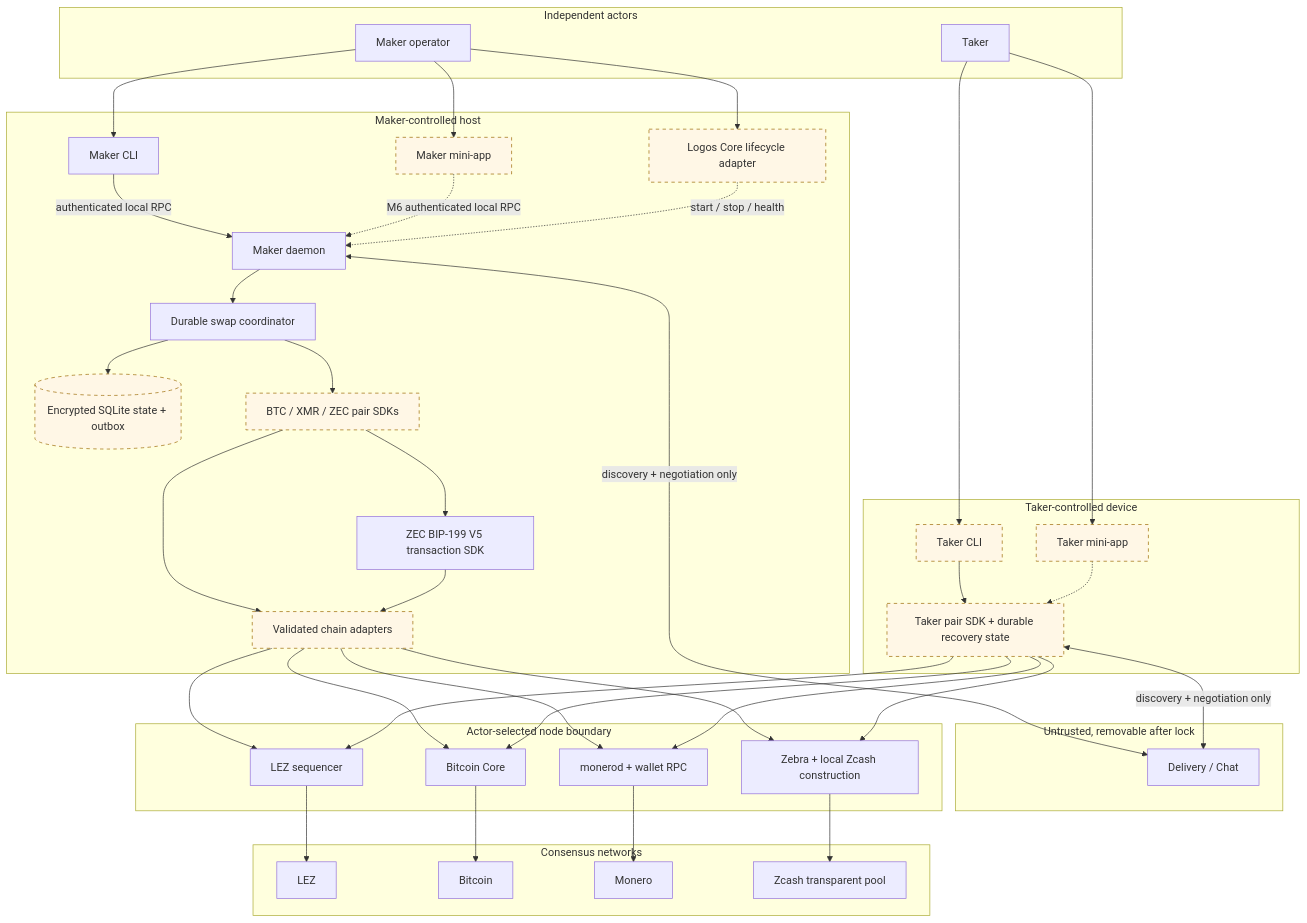
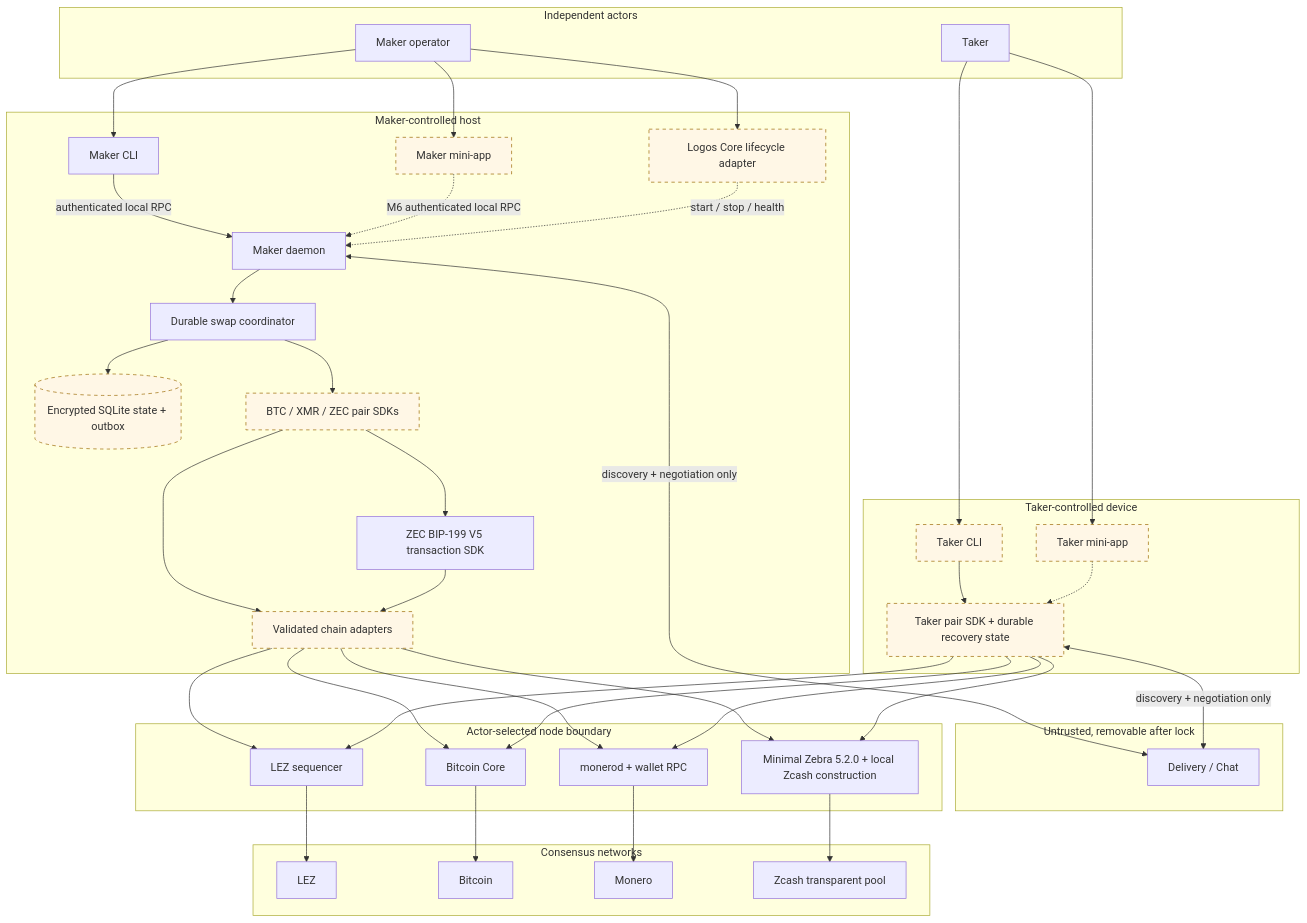
One commit to gateway-fm/lez-atomic-swaps changed the first of 4 diagrams in docs/architecture/system-architecture.md. Above: the diagram before and after it, drawn with Mermaid. The commit also changed other lines of this file and 25 other files, not shown here.

````diff
--- a/docs/architecture/system-architecture.md
+++ b/docs/architecture/system-architecture.md
@@ -14,79 +14,79 @@
 ```mermaid
 flowchart TB
     subgraph People["Independent actors"]
         MO["Maker operator"]
         T["Taker"]
     end
 
     subgraph MakerHost["Maker-controlled host"]
         MC["Maker CLI"]
         MM["Maker mini-app"]
         LC["Logos Core lifecycle adapter"]
         MD["Maker daemon"]
         CO["Durable swap coordinator"]
         DB[("Encrypted SQLite state + outbox")]
         PS["BTC / XMR / ZEC pair SDKs"]
         ZTX["ZEC BIP-199 V5 transaction SDK"]
         CA["Validated chain adapters"]
     end
 
     subgraph TakerDevice["Taker-controlled device"]
         TC["Taker CLI"]
         TM["Taker mini-app"]
         TS["Taker pair SDK + durable recovery state"]
     end
 
     subgraph OffChain["Untrusted, removable after lock"]
         DC["Delivery / Chat"]
     end
 
     subgraph Nodes["Actor-selected node boundary"]
         LEZ["LEZ sequencer"]
         BTC["Bitcoin Core"]
         XMR["monerod + wallet RPC"]
-        ZEC["Zebra + local Zcash construction"]
+        ZEC["Minimal Zebra 5.2.0 + local Zcash construction"]
     end
 
     subgraph Networks["Consensus networks"]
         LN["LEZ"]
         BN["Bitcoin"]
         XN["Monero"]
         ZN["Zcash transparent pool"]
     end
 
     MO --> MC
     MO --> MM
     MO --> LC
     MC -->|"authenticated local RPC"| MD
     MM -.->|"M6 authenticated local RPC"| MD
     LC -.->|"start / stop / health"| MD
     MD --> CO
     CO --> DB
     CO --> PS
     PS --> ZTX
     PS --> CA
     ZTX --> CA
 
     T --> TC
     T --> TM
     TC --> TS
     TM -.-> TS
 
     MD <-->|"discovery + negotiation only"| DC
     TS <-->|"discovery + negotiation only"| DC
     CA --> LEZ
     CA --> BTC
     CA --> XMR
     CA --> ZEC
     TS --> LEZ
     TS --> BTC
     TS --> XMR
     TS --> ZEC
     LEZ --> LN
     BTC --> BN
     XMR --> XN
     ZEC --> ZN
 
     classDef planned stroke-dasharray: 5 5,fill:#fff7e6,stroke:#9a6700;
     class MM,LC,PS,CA,TC,TM,TS,DB planned;
 ```
````
